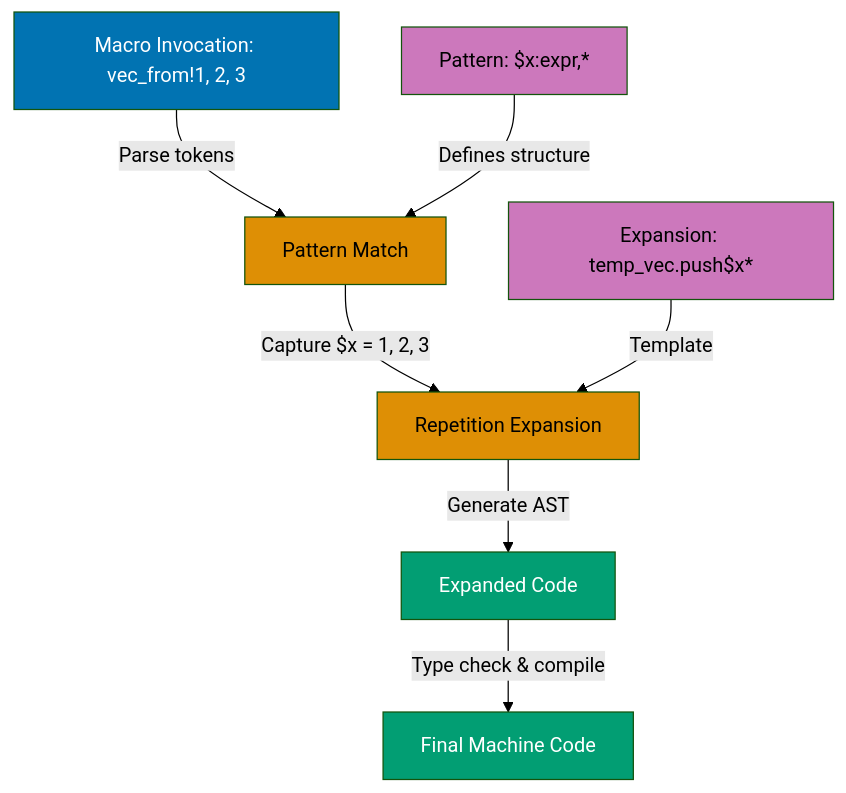
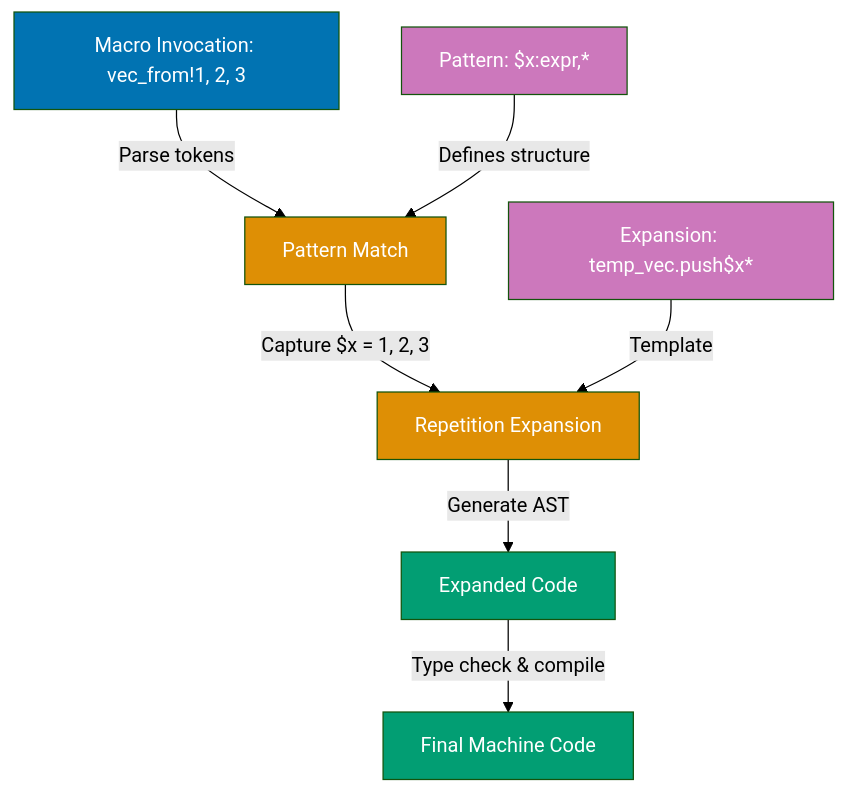
The third of 16 diagrams in apps/ayokoding-web/content/en/learn/software-engineering/programming-languages/rust/by-example/advanced.md (wahidyankf/open-sharia-enterprise), drawn with Mermaid (forest theme) before and after one commit. The commit also changed other lines of this file and 61 other files, not shown here.

First line of the commit message:
fix(ayokoding-web): quote Mermaid node labels with special characters in Example 63

````diff
--- a/apps/ayokoding-web/content/en/learn/software-engineering/programming-languages/rust/by-example/advanced.md
+++ b/apps/ayokoding-web/content/en/learn/software-engineering/programming-languages/rust/by-example/advanced.md
@@ -544,19 +544,19 @@
 ```mermaid
 %% Macro expansion process showing compile-time transformation
 graph TD
     A[Macro Invocation: vec_from!1, 2, 3] -->|Parse tokens| B[Pattern Match]
     B -->|Capture $x = 1, 2, 3| C[Repetition Expansion]
     C -->|Generate AST| D[Expanded Code]
     D -->|Type check & compile| E[Final Machine Code]
 
     F[Pattern: $x:expr,*] -->|Defines structure| B
     G[Expansion: temp_vec.push$x*] -->|Template| C
 
     style A fill:#0173B2,color:#fff
-    style B fill:#DE8F05,color:#000
-    style C fill:#DE8F05,color:#000
+    style B fill:#DE8F05,color:#fff
+    style C fill:#DE8F05,color:#fff
     style D fill:#029E73,color:#fff
     style E fill:#029E73,color:#fff
-    style F fill:#CC78BC,color:#000
-    style G fill:#CC78BC,color:#000
+    style F fill:#CC78BC,color:#fff
+    style G fill:#CC78BC,color:#fff
 ```
````
